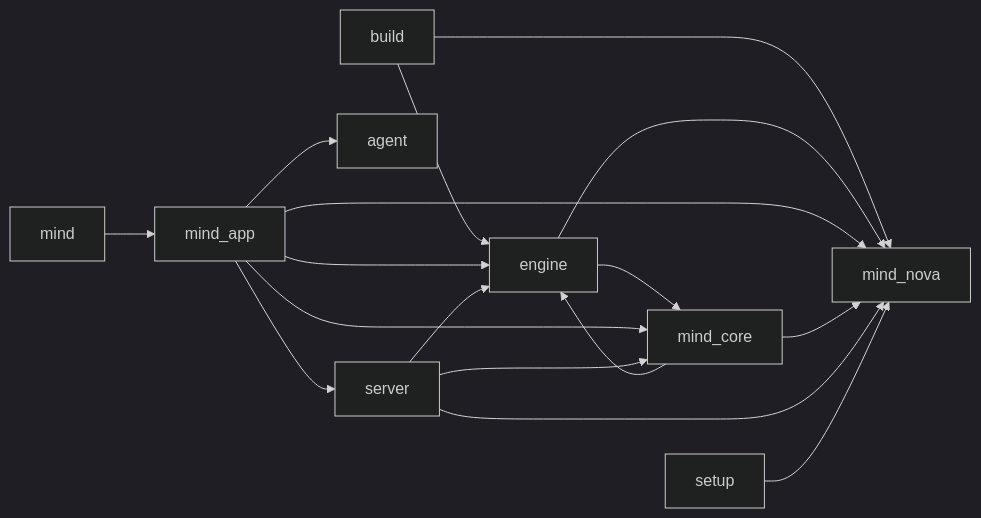
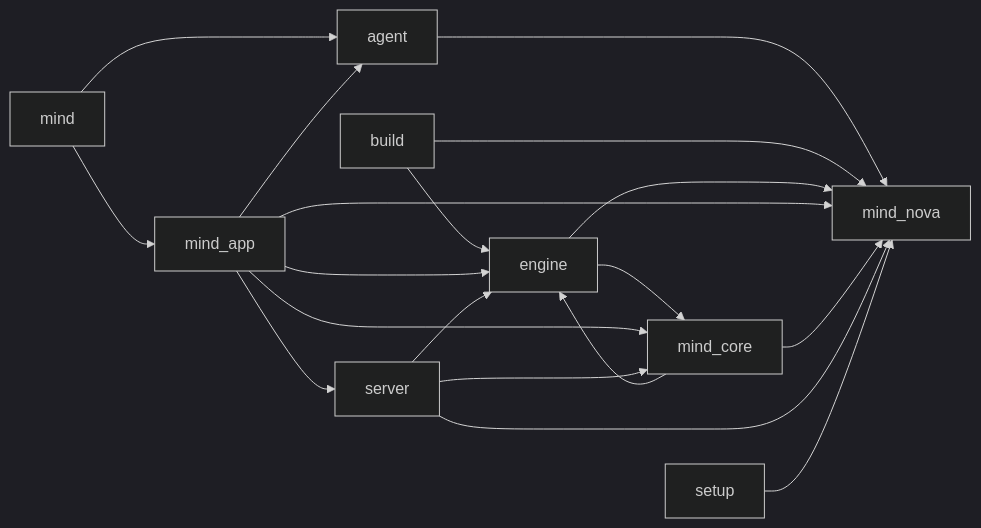
The diagram in AGENT_RUNTIME_IMPORT_GRAPH.md (AxionixLabs/ProxyMind), drawn with Mermaid (dark theme) before and after one commit. The commit also changed other lines of this file and 32 other files, not shown here.

````diff
--- a/AGENT_RUNTIME_IMPORT_GRAPH.md
+++ b/AGENT_RUNTIME_IMPORT_GRAPH.md
@@ -14,19 +14,21 @@
 ```mermaid
 flowchart LR
+    agent --> mind_nova
     build --> engine
     build --> mind_nova
     engine --> mind_core
     engine --> mind_nova
+    mind --> agent
     mind --> mind_app
     mind_app --> agent
     mind_app --> engine
     mind_app --> mind_core
     mind_app --> mind_nova
     mind_app --> server
     mind_core --> engine
     mind_core --> mind_nova
     server --> engine
     server --> mind_core
     server --> mind_nova
     setup --> mind_nova
 ```
````
